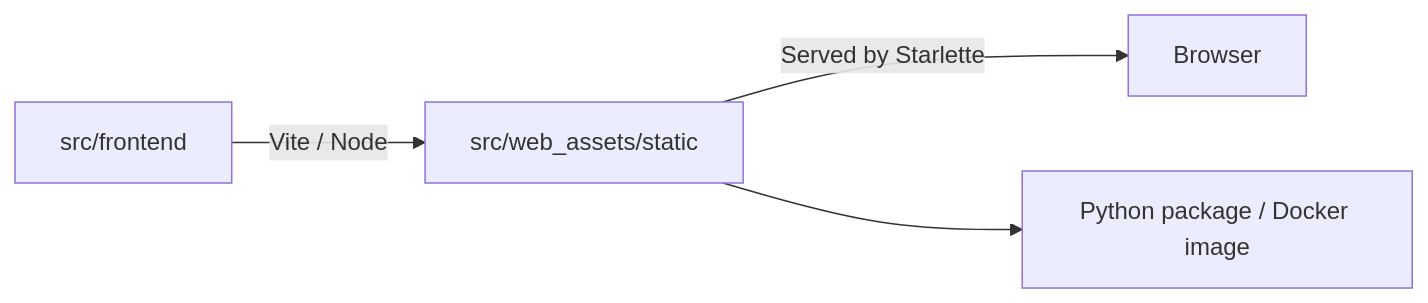
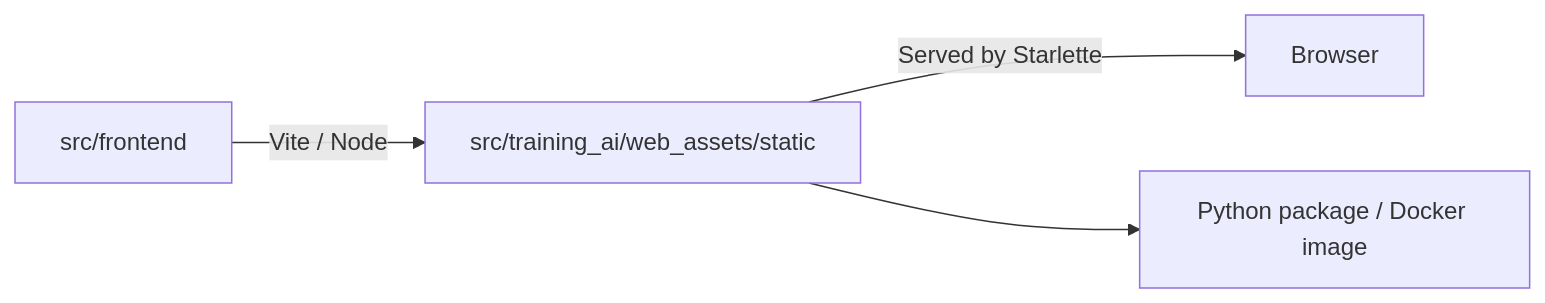
The second of 2 diagrams in docs/application-components.md (atorma/training-ai), drawn with Mermaid before and after one commit. The commit also changed other lines of this file and 42 other files, not shown here.

````diff
--- a/docs/application-components.md
+++ b/docs/application-components.md
@@ -59,6 +59,6 @@
 ```mermaid
 flowchart LR
-    Source[src/frontend] -->|Vite / Node| Assets[src/web_assets/static]
+    Source[src/frontend] -->|Vite / Node| Assets[src/training_ai/web_assets/static]
     Assets -->|Served by Starlette| Browser[Browser]
     Assets --> Package[Python package / Docker image]
 ```
````
